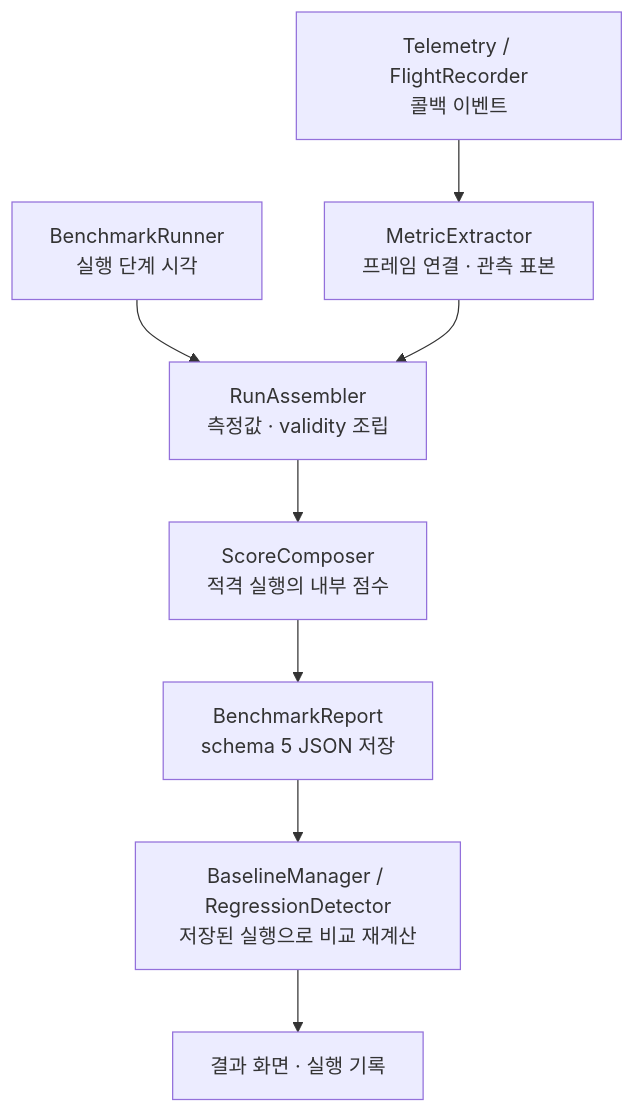
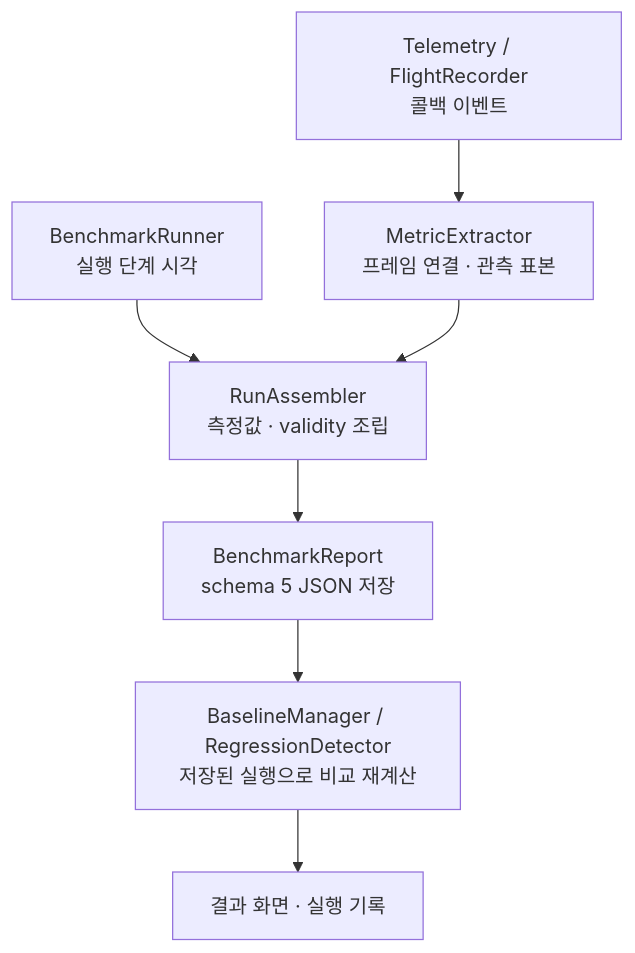
Before and after one commit to TTolsun/hal-camera: the diagram in .omm/data-flow/diagram.mmd, drawn with Mermaid. The commit also changed 41 other files, not shown here.

```diff
--- a/.omm/data-flow/diagram.mmd
+++ b/.omm/data-flow/diagram.mmd
@@ -1,8 +1,7 @@
 graph TB
     events["Telemetry / FlightRecorder<br/>콜백 이벤트"] --> frames["MetricExtractor<br/>프레임 연결 · 관측 표본"]
     marks["BenchmarkRunner<br/>실행 단계 시각"] --> assemble["RunAssembler<br/>측정값 · validity 조립"]
     frames --> assemble
-    assemble --> score["ScoreComposer<br/>적격 실행의 내부 점수"]
-    score --> json["BenchmarkReport<br/>schema 5 JSON 저장"]
+    assemble --> json["BenchmarkReport<br/>schema 5 JSON 저장"]
     json --> compare["BaselineManager / RegressionDetector<br/>저장된 실행으로 비교 재계산"]
     compare --> screen["결과 화면 · 실행 기록"]
```
